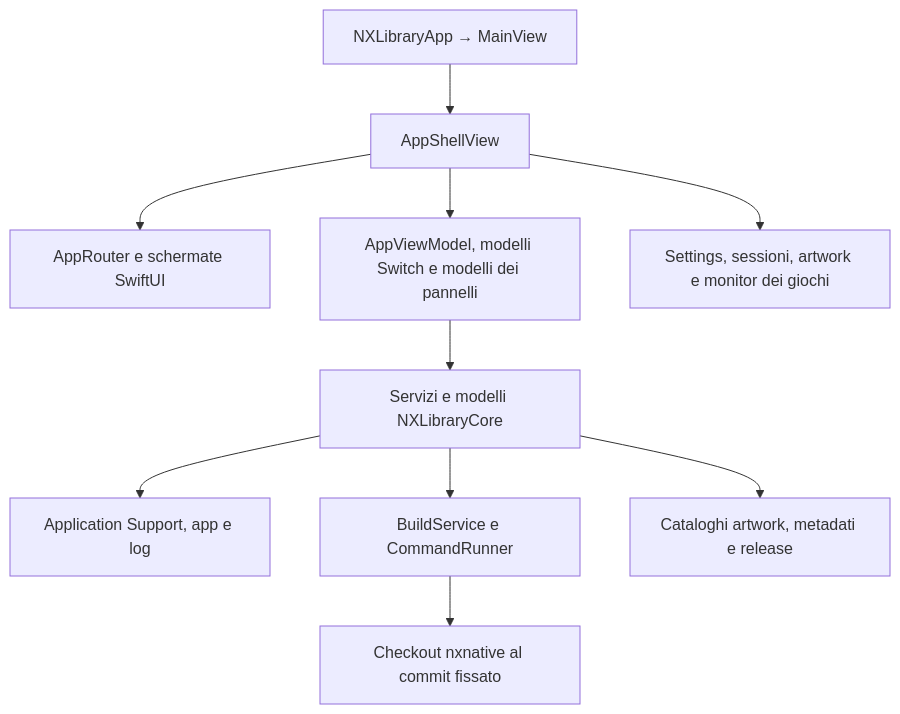
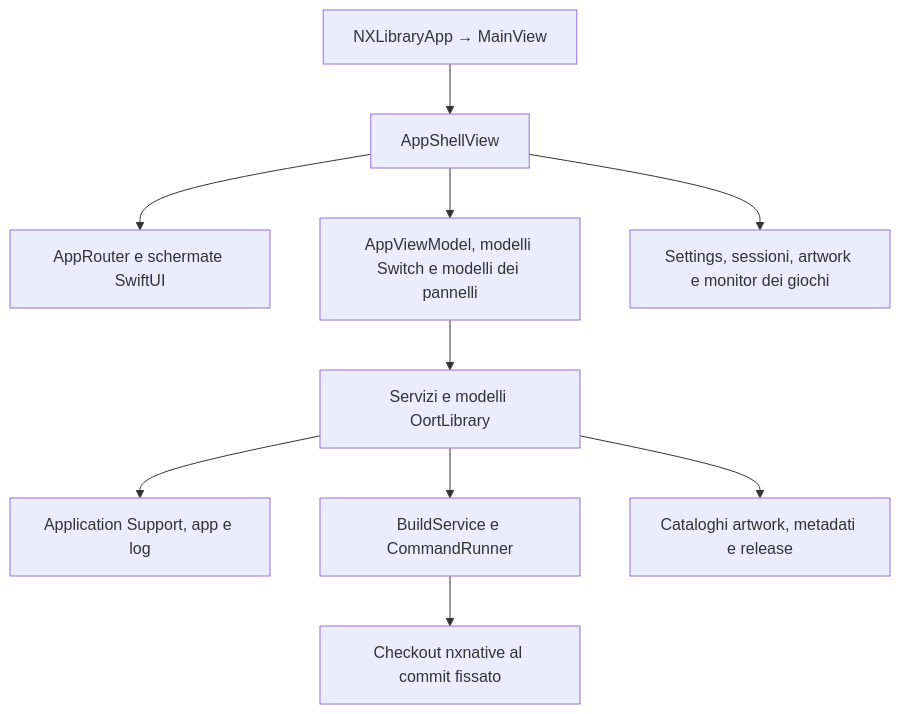
Before and after one commit to sofianbll/oort-nx: the diagram in docs/how-it-works/architecture.md, drawn with Mermaid. The commit also changed other lines of this file and 766 other files, not shown here.

First line of the commit message:
Rename the NXLibraryCore module to OortLibrary

````diff
--- a/docs/how-it-works/architecture.md
+++ b/docs/how-it-works/architecture.md
@@ -64,12 +64,12 @@
 ```mermaid
 flowchart TD
     Entry["NXLibraryApp → MainView"] --> Shell["AppShellView"]
     Shell --> Router["AppRouter e schermate SwiftUI"]
     Shell --> VM["AppViewModel, modelli Switch e modelli dei pannelli"]
     Shell --> Stores["Settings, sessioni, artwork e monitor dei giochi"]
-    VM --> Core["Servizi e modelli NXLibraryCore"]
+    VM --> Core["Servizi e modelli OortLibrary"]
     Core --> Disk["Application Support, app e log"]
     Core --> Process["BuildService e CommandRunner"]
     Process --> Engine["Checkout nxnative al commit fissato"]
     Core --> Network["Cataloghi artwork, metadati e release"]
 ```
````
